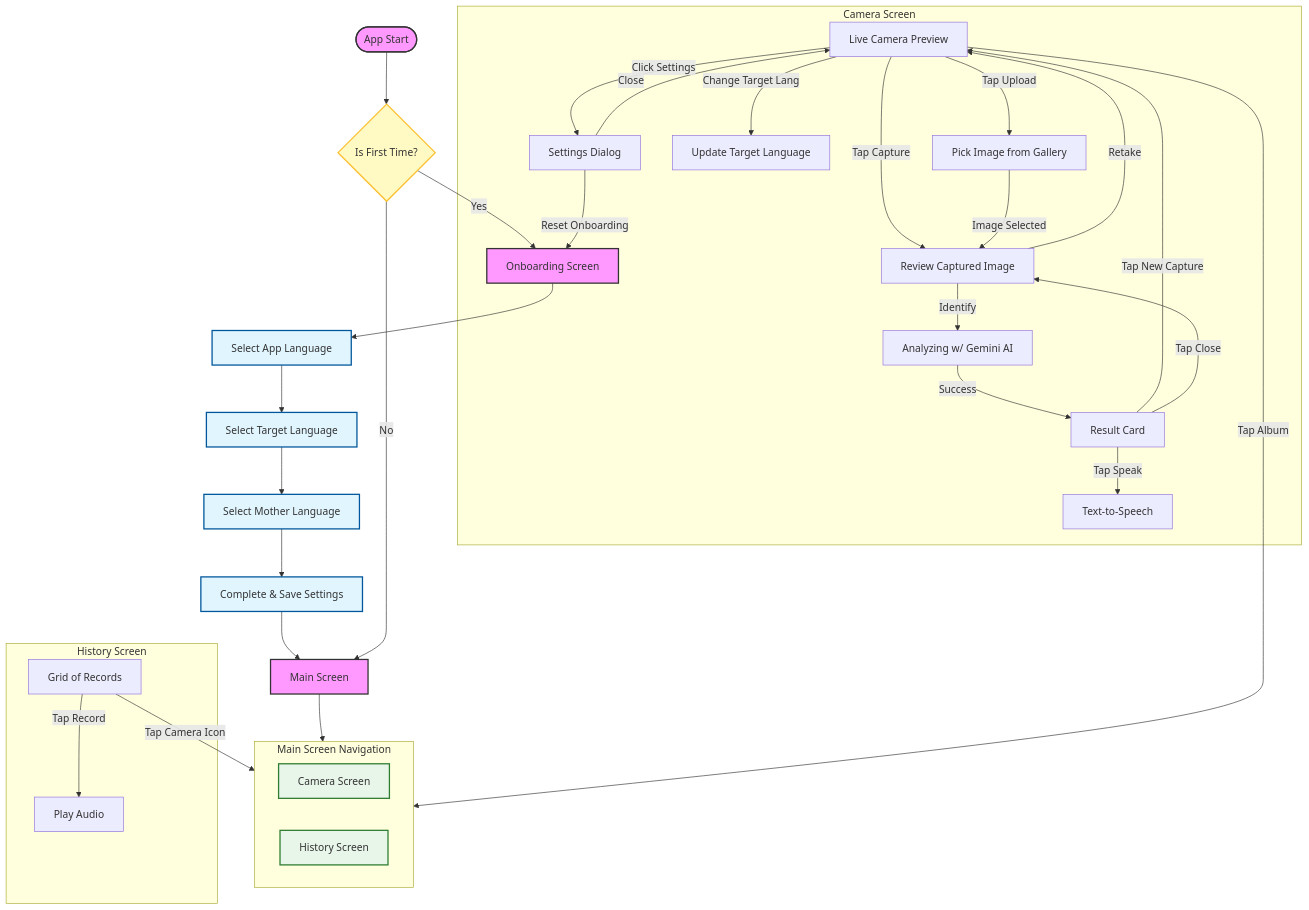
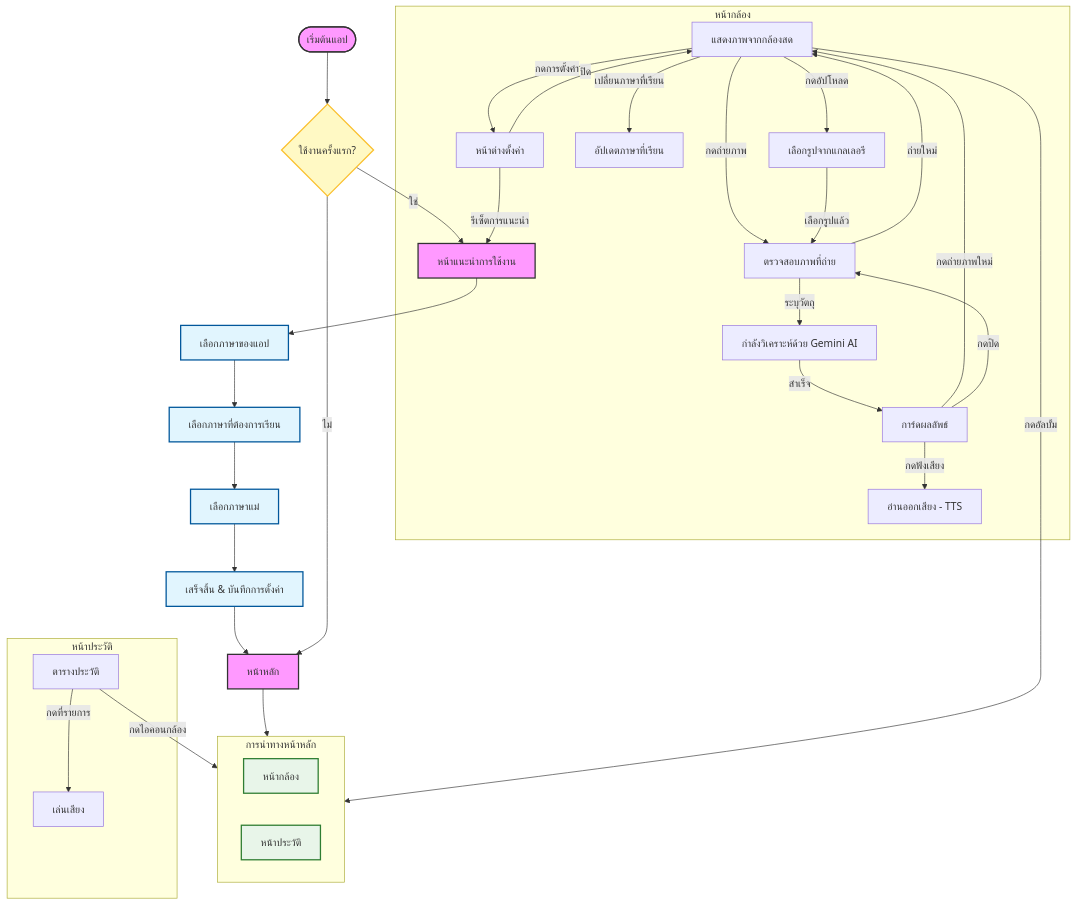
One commit to tantaihaha4487/lang-take-app changed the diagram in user_flow.mmd. Above: the diagram before and after it, drawn with Mermaid.

Commit message:
Add Thai User Flow Mermaid Diagram
Added `user_flow.mmd` which documents the user journey through Onboarding, Camera/Analysis, and History screens in Thai language. This diagram is compatible with Mermaid live editor and Draw.io.

```diff
--- a/user_flow.mmd
+++ b/user_flow.mmd
@@ -1,65 +1,65 @@
 flowchart TD
-    Start([App Start]) --> CheckFirstTime{Is First Time?}
+    Start([เริ่มต้นแอป]) --> CheckFirstTime{ใช้งานครั้งแรก?}
 
     %% Onboarding Flow
-    CheckFirstTime -- Yes --> OnboardingStart[Onboarding Screen]
-    OnboardingStart --> SelectAppLang[Select App Language]
-    SelectAppLang --> SelectTargetLang[Select Target Language]
-    SelectTargetLang --> SelectMotherLang[Select Mother Language]
-    SelectMotherLang --> CompleteOnboarding[Complete & Save Settings]
+    CheckFirstTime -- ใช่ --> OnboardingStart[หน้าแนะนำการใช้งาน]
+    OnboardingStart --> SelectAppLang[เลือกภาษาของแอป]
+    SelectAppLang --> SelectTargetLang[เลือกภาษาที่ต้องการเรียน]
+    SelectTargetLang --> SelectMotherLang[เลือกภาษาแม่]
+    SelectMotherLang --> CompleteOnboarding[เสร็จสิ้น & บันทึกการตั้งค่า]
     CompleteOnboarding --> MainScreen
 
     %% Main Screen & Navigation
-    CheckFirstTime -- No --> MainScreen[Main Screen]
+    CheckFirstTime -- ไม่ --> MainScreen[หน้าหลัก]
 
-    subgraph MainScreenUI [Main Screen Navigation]
+    subgraph MainScreenUI [การนำทางหน้าหลัก]
         direction LR
-        CameraTab[Camera Screen]
-        HistoryTab[History Screen]
+        CameraTab[หน้ากล้อง]
+        HistoryTab[หน้าประวัติ]
     end
 
     MainScreen --> CameraTab
 
     %% Camera Flow
-    subgraph CameraFlow [Camera Screen]
-        Preview[Live Camera Preview]
+    subgraph CameraFlow [หน้ากล้อง]
+        Preview[แสดงภาพจากกล้องสด]
 
         %% Top Bar Actions
-        Preview -- Click Settings --> SettingsDialog[Settings Dialog]
-        SettingsDialog -- Reset Onboarding --> OnboardingStart
-        SettingsDialog -- Close --> Preview
-        Preview -- Change Target Lang --> UpdateLang[Update Target Language]
+        Preview -- กดการตั้งค่า --> SettingsDialog[หน้าต่างตั้งค่า]
+        SettingsDialog -- รีเซ็ตการแนะนำ --> OnboardingStart
+        SettingsDialog -- ปิด --> Preview
+        Preview -- เปลี่ยนภาษาที่เรียน --> UpdateLang[อัปเดตภาษาที่เรียน]
 
         %% Bottom Bar Actions
-        Preview -- Tap Capture --> Review[Review Captured Image]
-        Preview -- Tap Upload --> GalleryPicker[Pick Image from Gallery]
-        Preview -- Tap Album --> HistoryTab
+        Preview -- กดถ่ายภาพ --> Review[ตรวจสอบภาพที่ถ่าย]
+        Preview -- กดอัปโหลด --> GalleryPicker[เลือกรูปจากแกลเลอรี]
+        Preview -- กดอัลบั้ม --> HistoryTab
 
         %% Review Logic
-        GalleryPicker -- Image Selected --> Review
-        Review -- Retake --> Preview
-        Review -- Identify --> Analyzing[Analyzing w/ Gemini AI]
+        GalleryPicker -- เลือกรูปแล้ว --> Review
+        Review -- ถ่ายใหม่ --> Preview
+        Review -- ระบุวัตถุ --> Analyzing[กำลังวิเคราะห์ด้วย Gemini AI]
 
-        Analyzing -- Success --> Result[Result Card]
-        Result -- Tap Speak --> TTS[Text-to-Speech]
-        Result -- Tap New Capture --> Preview
-        Result -- Tap Close --> Review
+        Analyzing -- สำเร็จ --> Result[การ์ดผลลัพธ์]
+        Result -- กดฟังเสียง --> TTS[อ่านออกเสียง - TTS]
+        Result -- กดถ่ายภาพใหม่ --> Preview
+        Result -- กดปิด --> Review
     end
 
     %% History Flow
-    subgraph HistoryFlow [History Screen]
-        HistoryList[Grid of Records]
-        HistoryList -- Tap Record --> PlayTTS[Play Audio]
-        HistoryList -- Tap Camera Icon --> CameraTab
+    subgraph HistoryFlow [หน้าประวัติ]
+        HistoryList[ตารางประวัติ]
+        HistoryList -- กดที่รายการ --> PlayTTS[เล่นเสียง]
+        HistoryList -- กดไอคอนกล้อง --> CameraTab
     end
 
     %% Styles
     classDef start fill:#f9f,stroke:#333,stroke-width:2px;
     classDef process fill:#e1f5fe,stroke:#01579b,stroke-width:2px;
     classDef decision fill:#fff9c4,stroke:#fbc02d,stroke-width:2px;
     classDef screen fill:#e8f5e9,stroke:#2e7d32,stroke-width:2px;
 
     class Start,OnboardingStart,MainScreen start;
     class CheckFirstTime decision;
     class SelectAppLang,SelectTargetLang,SelectMotherLang,CompleteOnboarding process;
     class CameraTab,HistoryTab screen;
```
